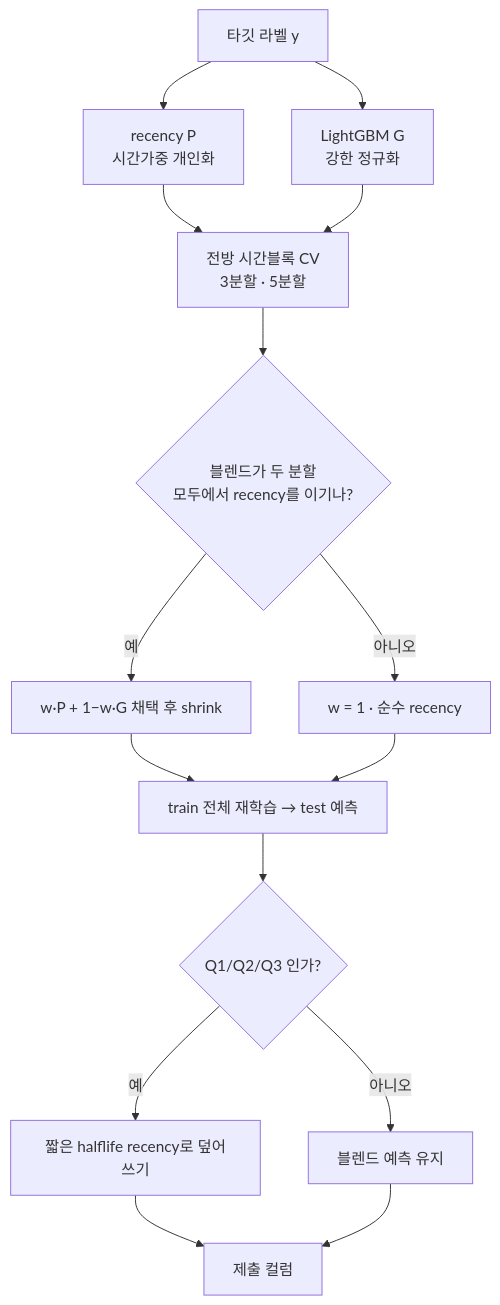
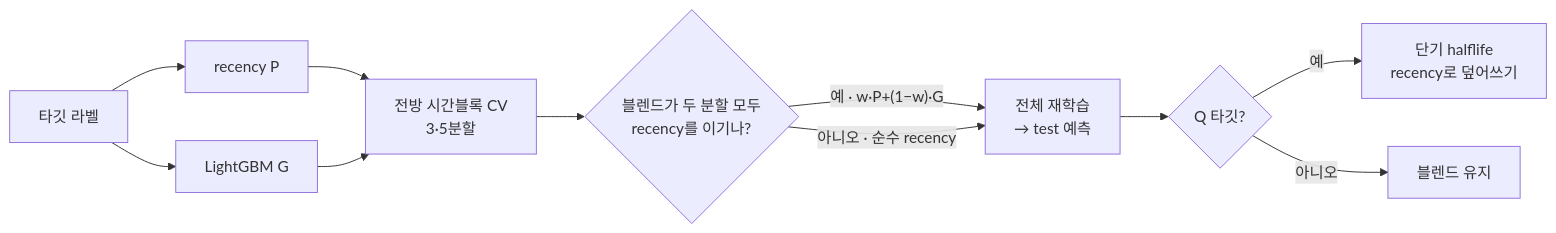
One commit to Seungwoo-H1/dacon2 changed the second of 2 diagrams in README.md. Above: the diagram before and after it, drawn with Mermaid. The commit also changed other lines of this file, not shown here.

Commit message:
Clean README: remove emoji headers, compact horizontal training diagram

````diff
--- a/README.md
+++ b/README.md
@@ -71,17 +71,13 @@
 ```mermaid
-flowchart TD
-    Y["타깃 라벨 y"] --> P["recency P<br/>시간가중 개인화"]
-    Y --> G["LightGBM G<br/>강한 정규화"]
-    P --> CV["전방 시간블록 CV<br/>3분할 · 5분할"]
+flowchart LR
+    Y["타깃 라벨"] --> P["recency P"]
+    Y --> G["LightGBM G"]
+    P --> CV["전방 시간블록 CV<br/>3·5분할"]
     G --> CV
-    CV --> GATE{"블렌드가 두 분할<br/>모두에서 recency를 이기나?"}
-    GATE -->|예| ADOPT["w·P + 1−w·G 채택 후 shrink"]
-    GATE -->|아니오| PURE["w = 1 · 순수 recency"]
-    ADOPT --> REFIT["train 전체 재학습 → test 예측"]
-    PURE --> REFIT
-    REFIT --> QCHK{"Q1/Q2/Q3 인가?"}
-    QCHK -->|예| OVR["짧은 halflife recency로 덮어쓰기"]
-    QCHK -->|아니오| KEEP["블렌드 예측 유지"]
-    OVR --> COL["제출 컬럼"]
-    KEEP --> COL
+    CV --> GATE{"블렌드가 두 분할 모두<br/>recency를 이기나?"}
+    GATE -->|"예 · w·P+(1−w)·G"| REFIT["전체 재학습<br/>→ test 예측"]
+    GATE -->|"아니오 · 순수 recency"| REFIT
+    REFIT --> QCHK{"Q 타깃?"}
+    QCHK -->|예| OVR["단기 halflife<br/>recency로 덮어쓰기"]
+    QCHK -->|아니오| KEEP["블렌드 유지"]
 ```
````
